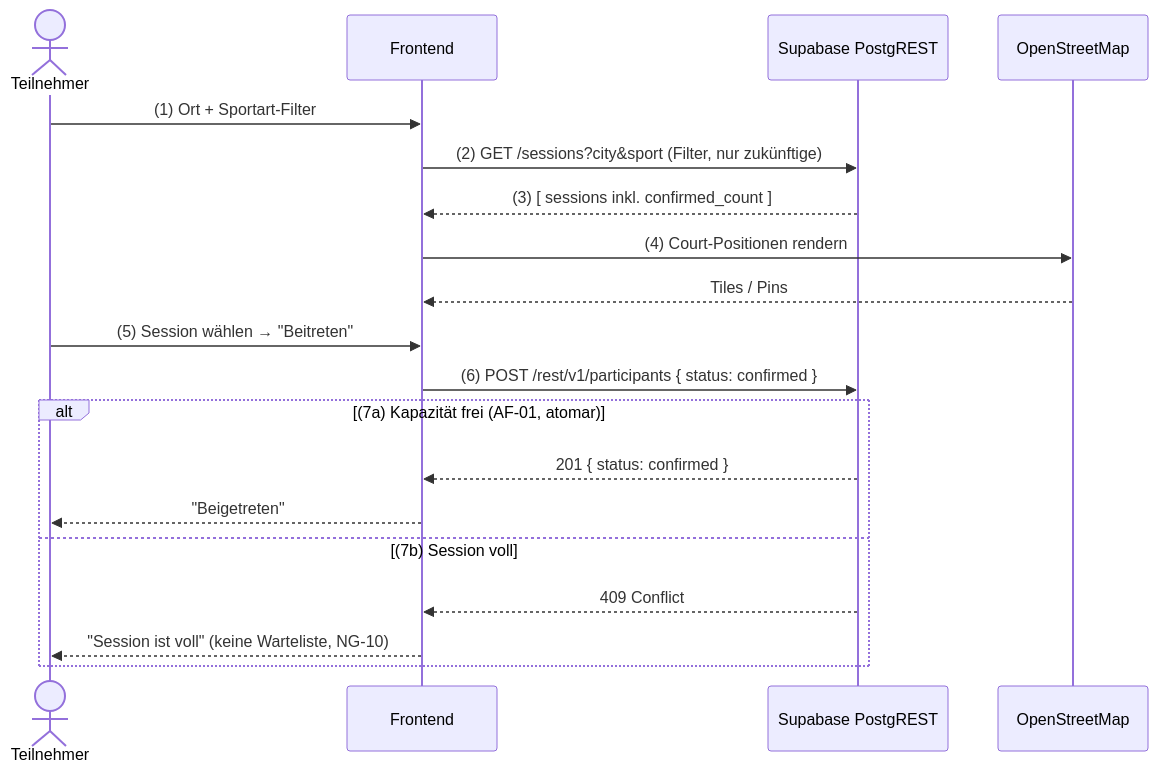
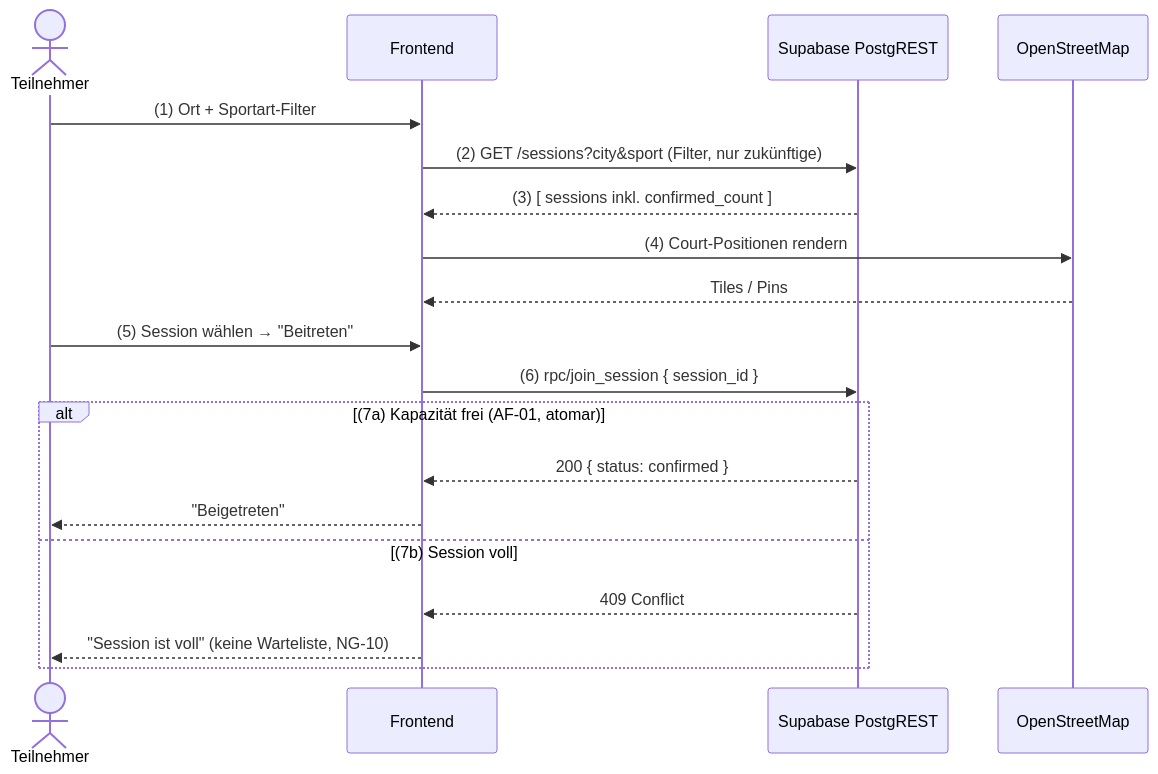
One commit to Finn5k/Wirtschaftsinformatik-Projekt-I changed the fourth of 5 diagrams in docs/spec/P2-architekturueberblick.md. Above: the diagram before and after it, drawn with Mermaid. The commit also changed other lines of this file and 9 other files, not shown here.

````diff
--- a/docs/spec/P2-architekturueberblick.md
+++ b/docs/spec/P2-architekturueberblick.md
@@ -153,22 +154,22 @@
 ```mermaid
 sequenceDiagram
     actor P as Teilnehmer
     participant FE as Frontend
     participant API as Supabase PostgREST
     participant OSM as OpenStreetMap
 
     P->>FE: (1) Ort + Sportart-Filter
     FE->>API: (2) GET /sessions?city&sport (Filter, nur zukünftige)
     API-->>FE: (3) [ sessions inkl. confirmed_count ]
     FE->>OSM: (4) Court-Positionen rendern
     OSM-->>FE: Tiles / Pins
     P->>FE: (5) Session wählen → "Beitreten"
-    FE->>API: (6) POST /rest/v1/participants { status: confirmed }
+    FE->>API: (6) rpc/join_session { session_id }
     alt (7a) Kapazität frei (AF-01, atomar)
-        API-->>FE: 201 { status: confirmed }
+        API-->>FE: 200 { status: confirmed }
         FE-->>P: "Beigetreten"
     else (7b) Session voll
         API-->>FE: 409 Conflict
         FE-->>P: "Session ist voll" (keine Warteliste, NG-10)
     end
 ```
````
